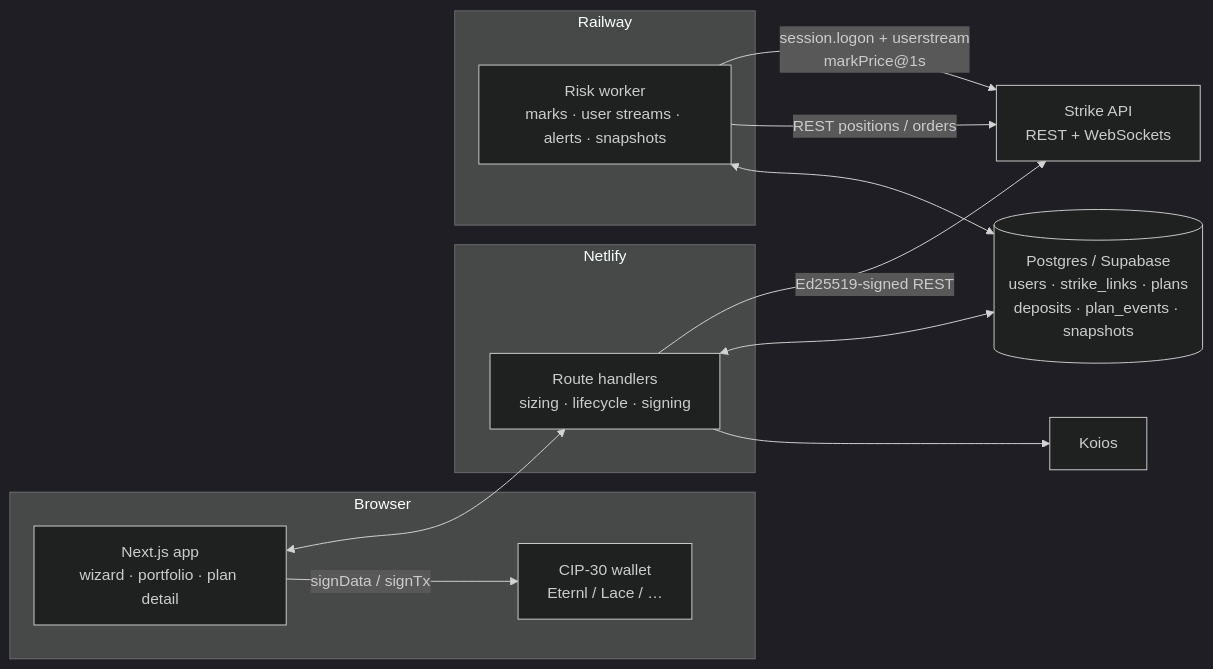
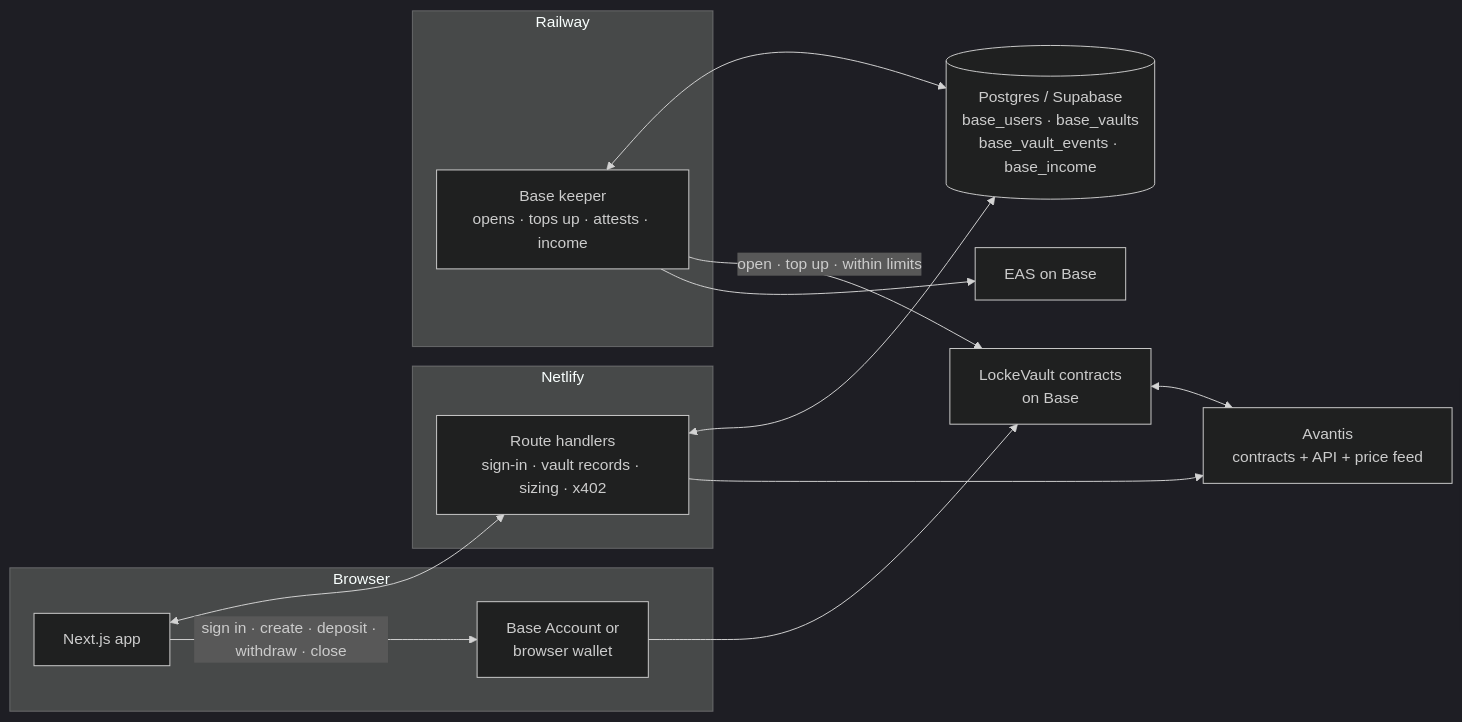
Before and after one commit to linoxbt/Locke: the diagram in README.md, drawn with Mermaid (dark theme). The commit also changed other lines of this file and 145 other files, not shown here.

First line of the commit message:
Make this version Base-only: remove Strike and Cardano

````diff
--- a/README.md
+++ b/README.md
@@ -89,25 +56,27 @@
 ```mermaid
 flowchart LR
   subgraph Browser
-    UI[Next.js app<br/>wizard · portfolio · plan detail]
-    W[CIP-30 wallet<br/>Eternl / Lace / …]
+    UI[Next.js app]
+    W[Base Account or<br/>browser wallet]
   end
   subgraph Netlify
-    API[Route handlers<br/>sizing · lifecycle · signing]
+    API[Route handlers<br/>sign-in · vault records · sizing · x402]
   end
   subgraph Railway
-    RW[Risk worker<br/>marks · user streams · alerts · snapshots]
+    K[Base keeper<br/>opens · tops up · attests · income]
   end
-  DB[(Postgres / Supabase<br/>users · strike_links · plans<br/>deposits · plan_events · snapshots)]
-  S[Strike API<br/>REST + WebSockets]
-  K[Koios]
+  DB[(Postgres / Supabase<br/>base_users · base_vaults<br/>base_vault_events · base_income)]
+  V[LockeVault contracts<br/>on Base]
+  A[Avantis<br/>contracts + API + price feed]
+  E[EAS on Base]
 
   UI <--> API
-  UI -- signData / signTx --> W
-  API -- Ed25519-signed REST --> S
-  RW -- session.logon + userstream<br/>markPrice@1s --> S
-  RW -- REST positions / orders --> S
+  UI -- sign in · create · deposit · withdraw · close --> W
+  W --> V
   API <--> DB
-  RW <--> DB
-  API --> K
+  K <--> DB
+  K -- open · top up · within limits --> V
+  V <--> A
+  K --> E
+  API --> A
 ```
````
